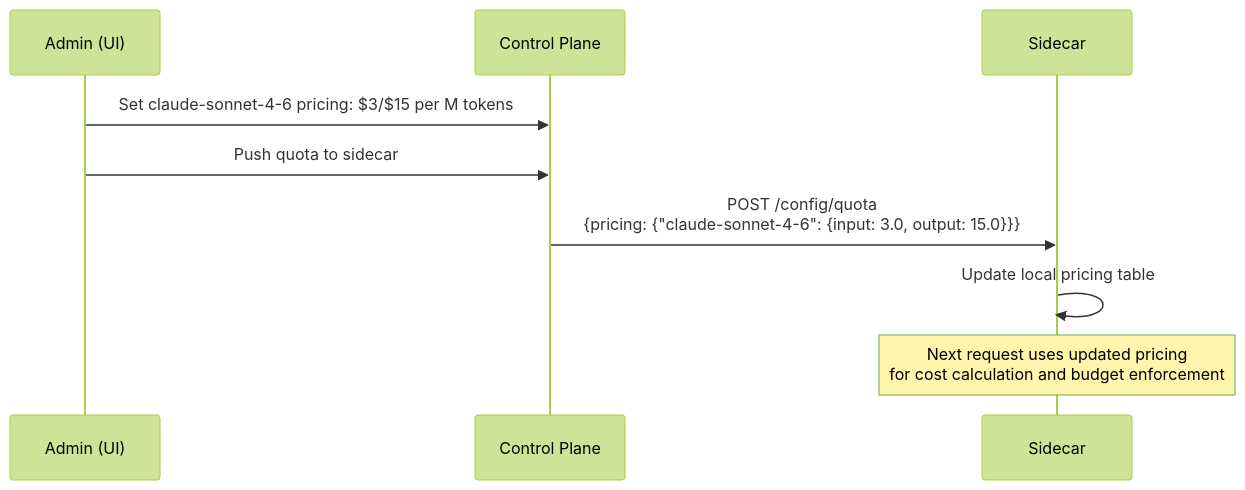
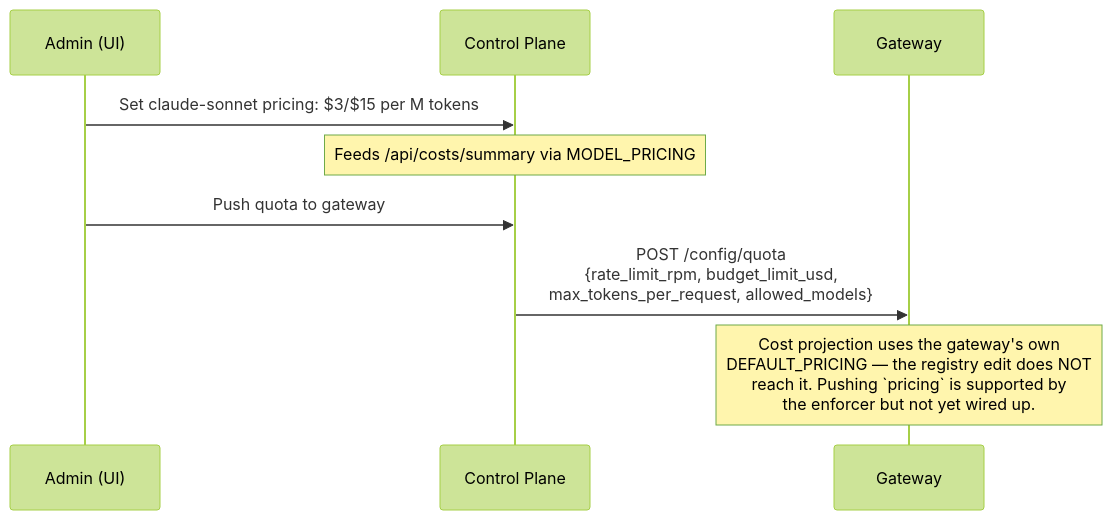
The eighth of 13 diagrams in control-plane/docs/getting-started.md (hk-775/ostiari), drawn with Mermaid (forest theme) before and after one commit. The commit also changed other lines of this file and 21 other files, not shown here.

````diff
--- a/control-plane/docs/getting-started.md
+++ b/control-plane/docs/getting-started.md
@@ -1132,13 +1380,12 @@
 ```mermaid
 sequenceDiagram
     participant Admin as Admin (UI)
     participant CP as Control Plane
-    participant SC as Sidecar
+    participant SC as Gateway
 
-    Admin->>CP: Set claude-sonnet-4-6 pricing: $3/$15 per M tokens
-    Admin->>CP: Push quota to sidecar
-    CP->>SC: POST /config/quota<br/>{pricing: {"claude-sonnet-4-6": {input: 3.0, output: 15.0}}}
-    SC->>SC: Update local pricing table
-
-    Note over SC: Next request uses updated pricing<br/>for cost calculation and budget enforcement
+    Admin->>CP: Set claude-sonnet pricing: $3/$15 per M tokens
+    Note over CP: Feeds /api/costs/summary via MODEL_PRICING
+    Admin->>CP: Push quota to gateway
+    CP->>SC: POST /config/quota<br/>{rate_limit_rpm, budget_limit_usd,<br/>max_tokens_per_request, allowed_models}
+    Note over SC: Cost projection uses the gateway's own<br/>DEFAULT_PRICING — the registry edit does NOT<br/>reach it. Pushing `pricing` is supported by<br/>the enforcer but not yet wired up.
 ```
````
